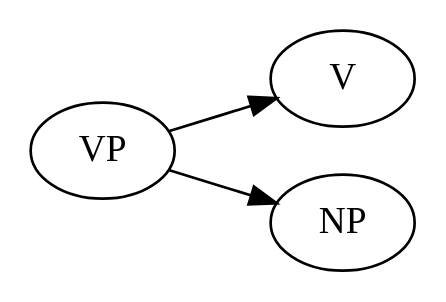
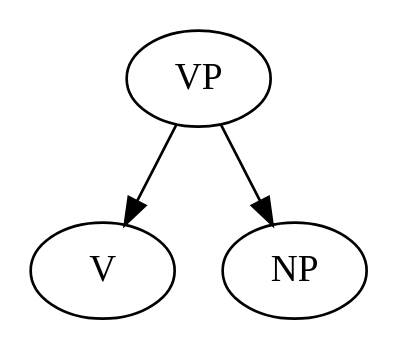
The fourth of 5 diagrams in README.org (findcoo/englab), drawn with Graphviz before and after one commit. The commit also changed other lines of this file and 6 other files, not shown here.

```diff
--- a/README.org
+++ b/README.org
@@ -99,7 +94,5 @@
   #+BEGIN_SRC dot :file images/verb-phrase2.svg :exports results
 digraph VerbPhrase2 {
-rankdir=LR;
-VP -> V;
-VP -> NP;
+VP -> {V NP};
 }
   #+END_SRC
```
